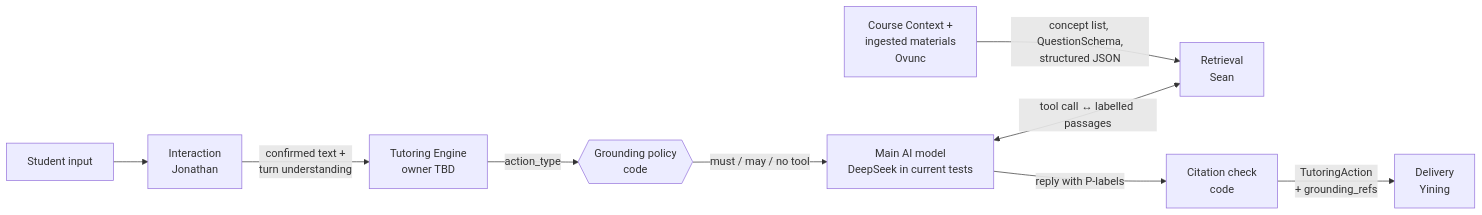
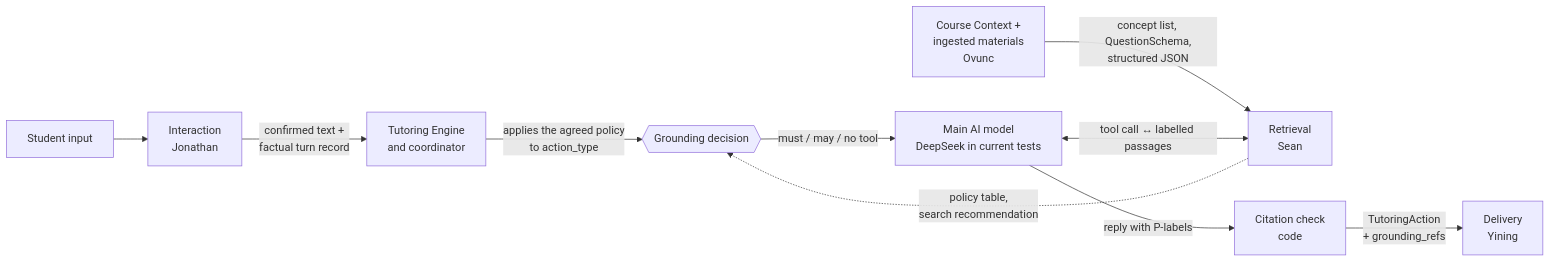
The diagram in specs/rag-retrieval.md (digital-professor-lab/digital-professor), drawn with Mermaid before and after one commit. The commit also changed other lines of this file, not shown here.

````diff
--- a/specs/rag-retrieval.md
+++ b/specs/rag-retrieval.md
@@ -66,11 +66,12 @@
 ```mermaid
 flowchart LR
     S[Student input] --> I[Interaction<br/>Jonathan]
     CC[Course Context +<br/>ingested materials<br/>Ovunc] -->|concept list, QuestionSchema,<br/>structured JSON| R
-    I -->|confirmed text +<br/>turn understanding| E[Tutoring Engine<br/>owner TBD]
-    E -->|action_type| P{{Grounding policy<br/>code}}
+    I -->|confirmed text +<br/>factual turn record| E[Tutoring Engine<br/>and coordinator]
+    E -->|applies the agreed policy<br/>to action_type| P{{Grounding decision}}
+    R[Retrieval<br/>Sean] -.->|policy table,<br/>search recommendation| P
     P -->|must / may / no tool| M[Main AI model<br/>DeepSeek in current tests]
-    M <-->|tool call ↔ labelled passages| R[Retrieval<br/>Sean]
+    M <-->|tool call ↔ labelled passages| R
     M -->|reply with P-labels| C[Citation check<br/>code]
     C -->|TutoringAction<br/>+ grounding_refs| D[Delivery<br/>Yining]
 ```
````
